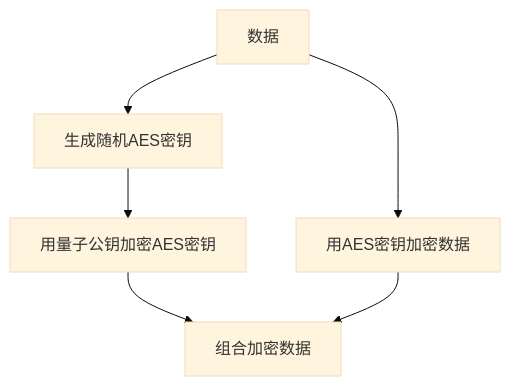
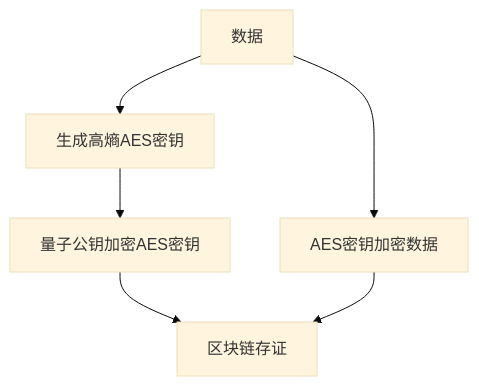
One commit to KLJyouth/deepseek-companion changed the first of 3 diagrams in docs/innovation_whitepaper.md. Above: the diagram before and after it, drawn with Mermaid (base theme). The commit also changed other lines of this file and 6 other files, not shown here.

````diff
--- a/docs/innovation_whitepaper.md
+++ b/docs/innovation_whitepaper.md
@@ -14,8 +24,8 @@
 ```mermaid
 graph TD
-    A[数据] --> B[生成随机AES密钥]
-    B --> C[用量子公钥加密AES密钥]
-    A --> D[用AES密钥加密数据]
-    C --> E[组合加密数据]
+    A[数据] --> B[生成高熵AES密钥]
+    B --> C[量子公钥加密AES密钥]
+    A --> D[AES密钥加密数据]
+    C --> E[区块链存证]
     D --> E
 ```
````
